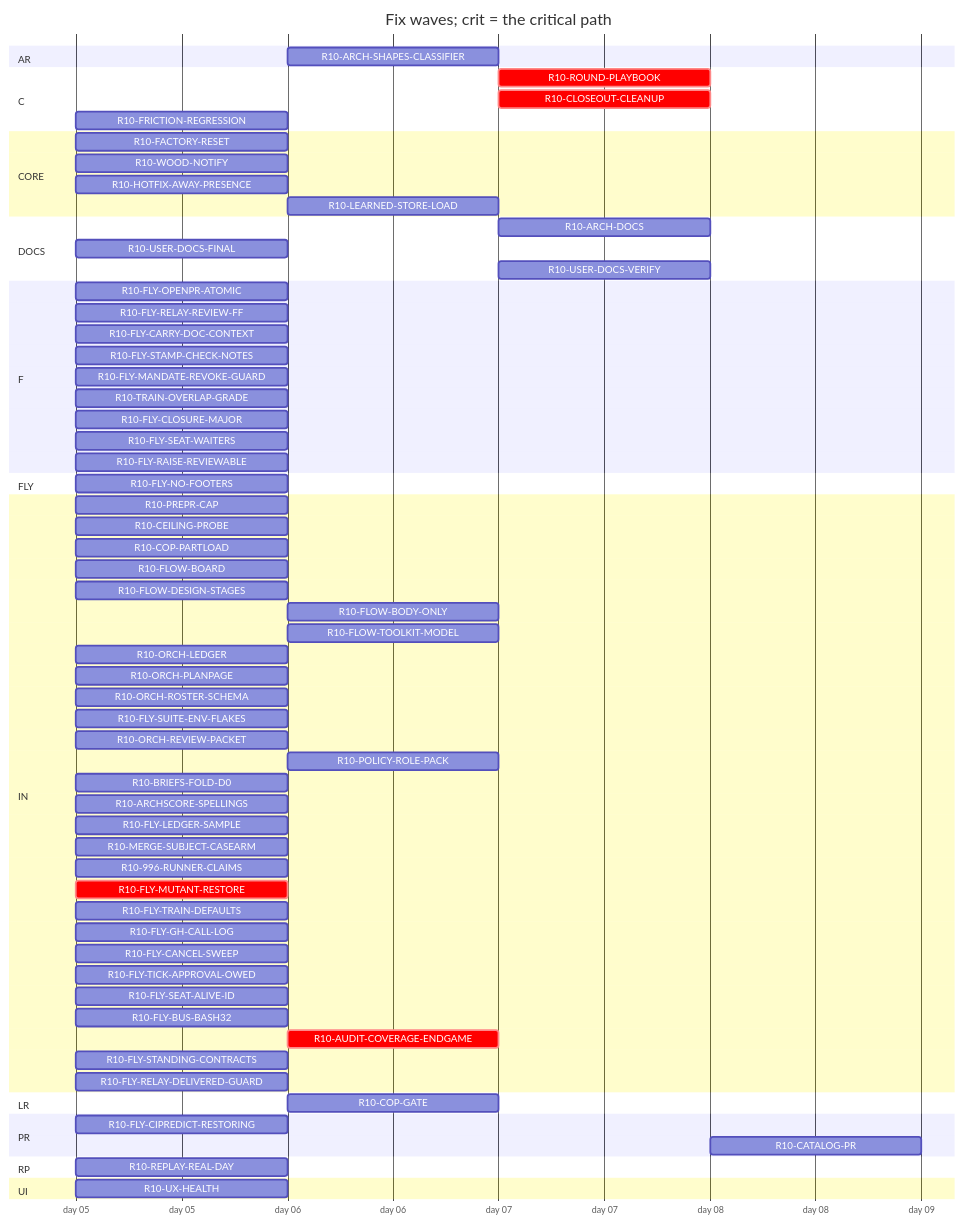
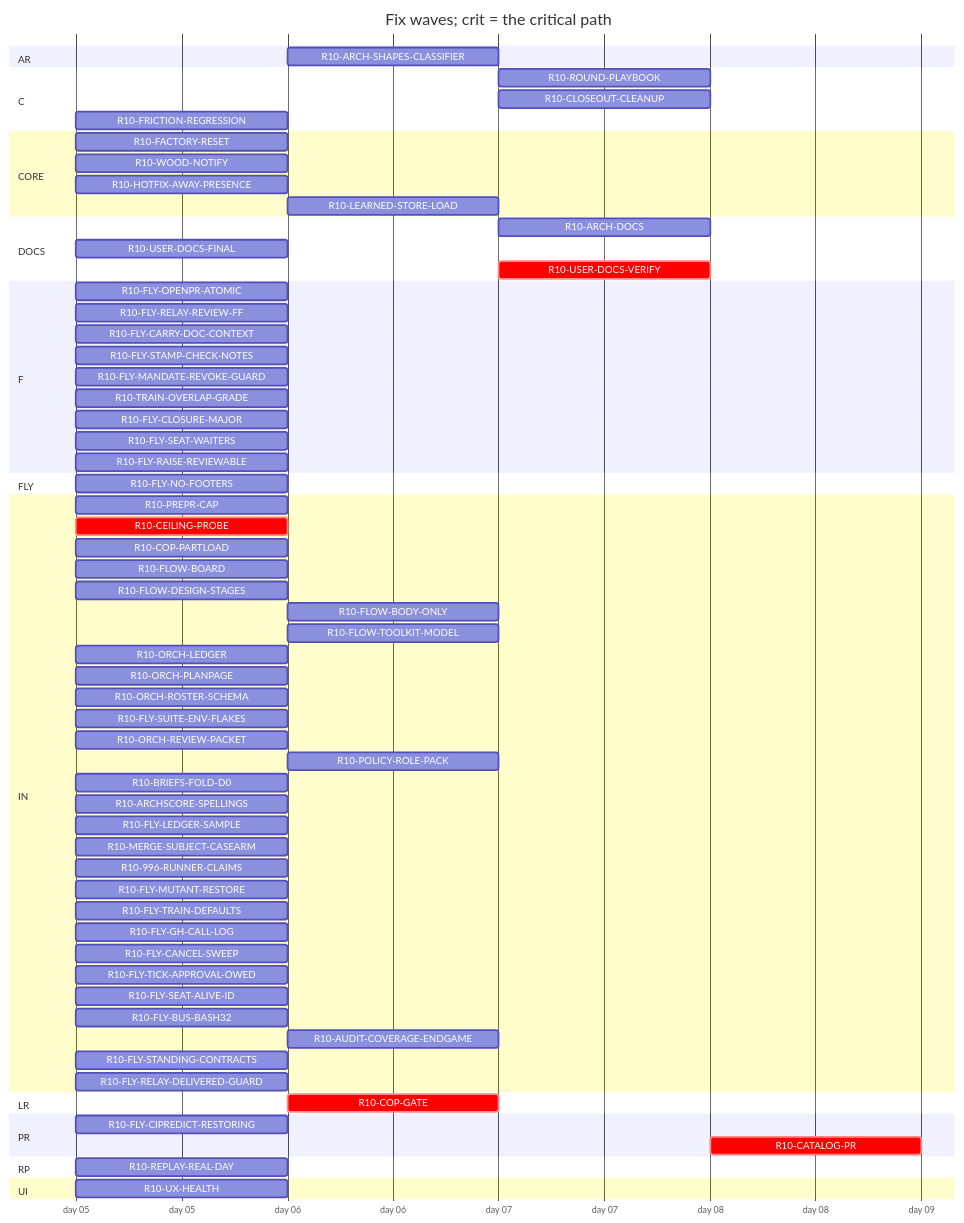
The diagram in handoff/round10/state/PLAN-TABLE.md (tvofi/heatpump_optimizer), drawn with Mermaid before and after one commit. The commit also changed other lines of this file and 1 other file, not shown here.

Commit message:
state: FLOW-BOARD.md, NEXT-SESSION-PROMPT.md, PLAN-TABLE.md, RESUME-CURRENT.md regenerated (state_docs.py)

````diff
--- a/handoff/round10/state/PLAN-TABLE.md
+++ b/handoff/round10/state/PLAN-TABLE.md
@@ -24,71 +24,71 @@
 ```mermaid
 gantt
   title Fix waves; crit = the critical path
   dateFormat YYYY-MM-DD
   axisFormat day %d
   section AR
     R10-ARCH-SHAPES-CLASSIFIER :r10ARCHSHAPESCLASSIFIER, after r10996RUNNERCLAIMS, 1d
   section C
-    R10-ROUND-PLAYBOOK :crit, r10ROUNDPLAYBOOK, after r10ORCHLEDGER r10ORCHPLANPAGE r10FLYRELAYREVIEWFF r10FLOWBODYONLY r10AUDITCOVERAGEENDGAME r10FLOWDESIGNSTAGES r10ORCHROSTERSCHEMA r10FLOWTOOLKITMODEL r10TRAINOVERLAPGRADE r10FLYTRAINDEFAULTS r10FLYCANCELSWEEP r10POLICYROLEPACK r10ORCHREVIEWPACKET r10FLOWBOARD r10CLOSEOUTCLEANUP, 1d
-    R10-CLOSEOUT-CLEANUP :crit, r10CLOSEOUTCLEANUP, after r10AUDITCOVERAGEENDGAME, 1d
+    R10-ROUND-PLAYBOOK :r10ROUNDPLAYBOOK, after r10ORCHLEDGER r10ORCHPLANPAGE r10FLYRELAYREVIEWFF r10FLOWBODYONLY r10AUDITCOVERAGEENDGAME r10FLOWDESIGNSTAGES r10ORCHROSTERSCHEMA r10FLOWTOOLKITMODEL r10TRAINOVERLAPGRADE r10FLYTRAINDEFAULTS r10FLYCANCELSWEEP r10POLICYROLEPACK r10ORCHREVIEWPACKET r10FLOWBOARD, 1d
+    R10-CLOSEOUT-CLEANUP :r10CLOSEOUTCLEANUP, after r10AUDITCOVERAGEENDGAME, 1d
     R10-FRICTION-REGRESSION :r10FRICTIONREGRESSION, 2026-01-05, 1d
   section CORE
     R10-FACTORY-RESET :r10FACTORYRESET, 2026-01-05, 1d
     R10-WOOD-NOTIFY :r10WOODNOTIFY, 2026-01-05, 1d
     R10-HOTFIX-AWAY-PRESENCE :r10HOTFIXAWAYPRESENCE, 2026-01-05, 1d
     R10-LEARNED-STORE-LOAD :r10LEARNEDSTORELOAD, after r10FACTORYRESET, 1d
   section DOCS
     R10-ARCH-DOCS :r10ARCHDOCS, after r10COPGATE r10UXHEALTH r10CEILINGPROBE r10COPPARTLOAD r10FLOWBOARD r10FLOWDESIGNSTAGES r10FLOWBODYONLY r10FLYOPENPRATOMIC r10FLYRELAYREVIEWFF r10FLYCARRYDOCCONTEXT r10FLOWTOOLKITMODEL r10FLYSTAMPCHECKNOTES r10FLYMANDATEREVOKEGUARD r10TRAINOVERLAPGRADE r10FLYSUITEENVFLAKES r10ORCHLEDGER r10ORCHPLANPAGE r10ORCHROSTERSCHEMA r10ORCHREVIEWPACKET r10POLICYROLEPACK r10BRIEFSFOLDD0 r10REPLAYREALDAY r10ARCHSCORESPELLINGS r10FLYLEDGERSAMPLE, 1d
     R10-USER-DOCS-FINAL :r10USERDOCSFINAL, 2026-01-05, 1d
-    R10-USER-DOCS-VERIFY :r10USERDOCSVERIFY, after r10COPGATE r10UXHEALTH r10CEILINGPROBE r10COPPARTLOAD r10FACTORYRESET r10WOODNOTIFY r10USERDOCSFINAL r10ARCHSHAPESCLASSIFIER r10HOTFIXAWAYPRESENCE, 1d
+    R10-USER-DOCS-VERIFY :crit, r10USERDOCSVERIFY, after r10COPGATE r10UXHEALTH r10CEILINGPROBE r10COPPARTLOAD r10FACTORYRESET r10WOODNOTIFY r10USERDOCSFINAL r10ARCHSHAPESCLASSIFIER r10HOTFIXAWAYPRESENCE, 1d
   section F
     R10-FLY-OPENPR-ATOMIC :r10FLYOPENPRATOMIC, 2026-01-05, 1d
     R10-FLY-RELAY-REVIEW-FF :r10FLYRELAYREVIEWFF, 2026-01-05, 1d
     R10-FLY-CARRY-DOC-CONTEXT :r10FLYCARRYDOCCONTEXT, 2026-01-05, 1d
     R10-FLY-STAMP-CHECK-NOTES :r10FLYSTAMPCHECKNOTES, 2026-01-05, 1d
     R10-FLY-MANDATE-REVOKE-GUARD :r10FLYMANDATEREVOKEGUARD, 2026-01-05, 1d
     R10-TRAIN-OVERLAP-GRADE :r10TRAINOVERLAPGRADE, 2026-01-05, 1d
     R10-FLY-CLOSURE-MAJOR :r10FLYCLOSUREMAJOR, 2026-01-05, 1d
     R10-FLY-SEAT-WAITERS :r10FLYSEATWAITERS, 2026-01-05, 1d
     R10-FLY-RAISE-REVIEWABLE :r10FLYRAISEREVIEWABLE, 2026-01-05, 1d
   section FLY
     R10-FLY-NO-FOOTERS :r10FLYNOFOOTERS, 2026-01-05, 1d
   section IN
     R10-PREPR-CAP :r10PREPRCAP, 2026-01-05, 1d
-    R10-CEILING-PROBE :r10CEILINGPROBE, 2026-01-05, 1d
+    R10-CEILING-PROBE :crit, r10CEILINGPROBE, 2026-01-05, 1d
     R10-COP-PARTLOAD :r10COPPARTLOAD, 2026-01-05, 1d
     R10-FLOW-BOARD :r10FLOWBOARD, 2026-01-05, 1d
     R10-FLOW-DESIGN-STAGES :r10FLOWDESIGNSTAGES, 2026-01-05, 1d
     R10-FLOW-BODY-ONLY :r10FLOWBODYONLY, after r10FLYOPENPRATOMIC, 1d
     R10-FLOW-TOOLKIT-MODEL :r10FLOWTOOLKITMODEL, after r10ORCHPLANPAGE r10FLYCANCELSWEEP, 1d
     R10-ORCH-LEDGER :r10ORCHLEDGER, 2026-01-05, 1d
     R10-ORCH-PLANPAGE :r10ORCHPLANPAGE, 2026-01-05, 1d
     R10-ORCH-ROSTER-SCHEMA :r10ORCHROSTERSCHEMA, 2026-01-05, 1d
     R10-FLY-SUITE-ENV-FLAKES :r10FLYSUITEENVFLAKES, 2026-01-05, 1d
     R10-ORCH-REVIEW-PACKET :r10ORCHREVIEWPACKET, 2026-01-05, 1d
     R10-POLICY-ROLE-PACK :r10POLICYROLEPACK, after r10FLOWDESIGNSTAGES, 1d
     R10-BRIEFS-FOLD-D0 :r10BRIEFSFOLDD0, 2026-01-05, 1d
     R10-ARCHSCORE-SPELLINGS :r10ARCHSCORESPELLINGS, 2026-01-05, 1d
     R10-FLY-LEDGER-SAMPLE :r10FLYLEDGERSAMPLE, 2026-01-05, 1d
     R10-MERGE-SUBJECT-CASEARM :r10MERGESUBJECTCASEARM, 2026-01-05, 1d
     R10-996-RUNNER-CLAIMS :r10996RUNNERCLAIMS, 2026-01-05, 1d
-    R10-FLY-MUTANT-RESTORE :crit, r10FLYMUTANTRESTORE, 2026-01-05, 1d
+    R10-FLY-MUTANT-RESTORE :r10FLYMUTANTRESTORE, 2026-01-05, 1d
     R10-FLY-TRAIN-DEFAULTS :r10FLYTRAINDEFAULTS, 2026-01-05, 1d
     R10-FLY-GH-CALL-LOG :r10FLYGHCALLLOG, 2026-01-05, 1d
     R10-FLY-CANCEL-SWEEP :r10FLYCANCELSWEEP, 2026-01-05, 1d
     R10-FLY-TICK-APPROVAL-OWED :r10FLYTICKAPPROVALOWED, 2026-01-05, 1d
     R10-FLY-SEAT-ALIVE-ID :r10FLYSEATALIVEID, 2026-01-05, 1d
     R10-FLY-BUS-BASH32 :r10FLYBUSBASH32, 2026-01-05, 1d
-    R10-AUDIT-COVERAGE-ENDGAME :crit, r10AUDITCOVERAGEENDGAME, after r10FLYMUTANTRESTORE r10996RUNNERCLAIMS, 1d
+    R10-AUDIT-COVERAGE-ENDGAME :r10AUDITCOVERAGEENDGAME, after r10FLYMUTANTRESTORE r10996RUNNERCLAIMS, 1d
     R10-FLY-STANDING-CONTRACTS :r10FLYSTANDINGCONTRACTS, 2026-01-05, 1d
     R10-FLY-RELAY-DELIVERED-GUARD :r10FLYRELAYDELIVEREDGUARD, 2026-01-05, 1d
   section LR
-    R10-COP-GATE :r10COPGATE, after r10CEILINGPROBE, 1d
+    R10-COP-GATE :crit, r10COPGATE, after r10CEILINGPROBE, 1d
   section PR
     R10-FLY-CIPREDICT-RESTORING :r10FLYCIPREDICTRESTORING, 2026-01-05, 1d
-    R10-CATALOG-PR :r10CATALOGPR, after r10USERDOCSVERIFY r10AUDITCOVERAGEENDGAME, 1d
+    R10-CATALOG-PR :crit, r10CATALOGPR, after r10USERDOCSVERIFY r10AUDITCOVERAGEENDGAME, 1d
   section RP
     R10-REPLAY-REAL-DAY :r10REPLAYREALDAY, 2026-01-05, 1d
   section UI
     R10-UX-HEALTH :r10UXHEALTH, 2026-01-05, 1d
 ```
````
